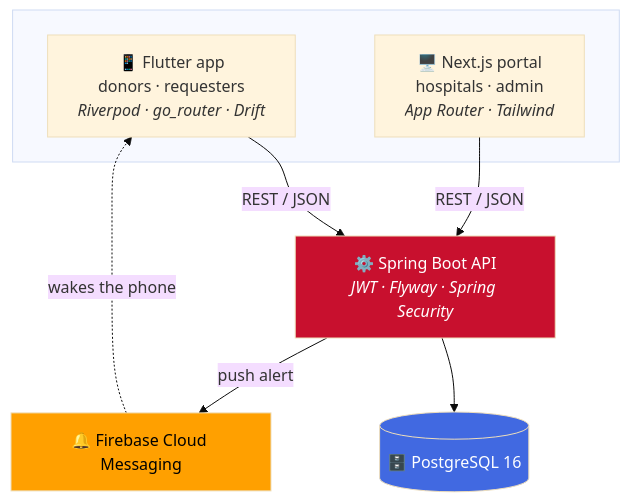
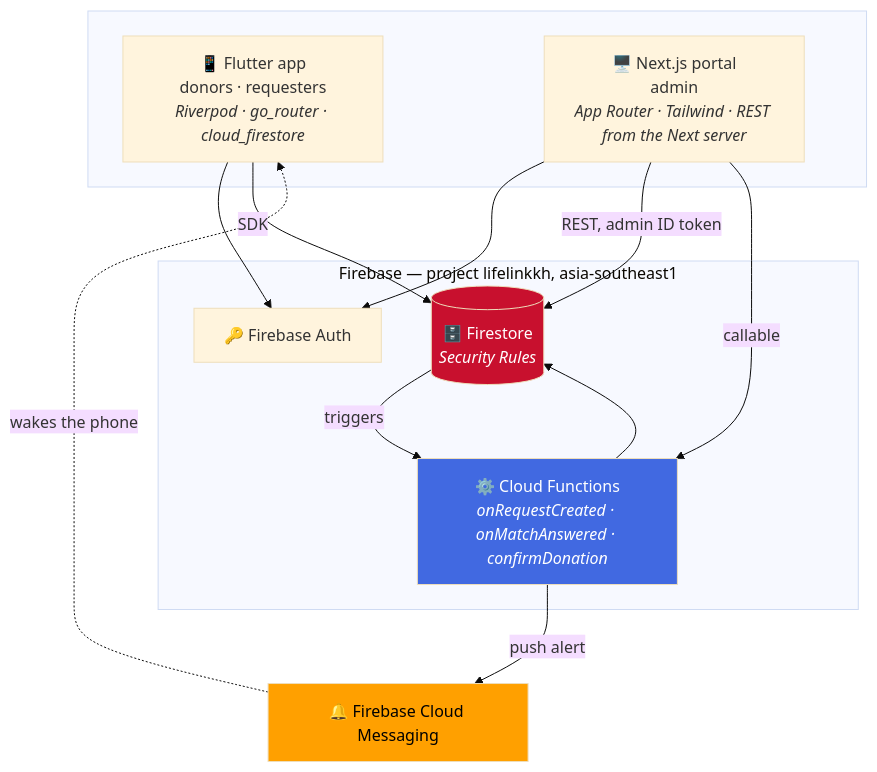
Before and after one commit to NemSothea/LifeLinkKh: the first of 2 diagrams in README.md, drawn with Mermaid (base theme). The commit also changed other lines of this file and 288 other files, not shown here.

First line of the commit message:
feat(firebase): remove the Spring Boot backend and Docker (phase 6)

````diff
--- a/README.md
+++ b/README.md
@@ -87,21 +80,28 @@
 ```mermaid
 flowchart TB
     subgraph clients [" "]
-        M["📱 Flutter app<br/>donors · requesters<br/><i>Riverpod · go_router · Drift</i>"]
-        W["🖥️ Next.js portal<br/>hospitals · admin<br/><i>App Router · Tailwind</i>"]
+        M["📱 Flutter app<br/>donors · requesters<br/><i>Riverpod · go_router · cloud_firestore</i>"]
+        W["🖥️ Next.js portal<br/>admin<br/><i>App Router · Tailwind · REST from the Next server</i>"]
     end
 
-    API["⚙️ Spring Boot API<br/><i>JWT · Flyway · Spring Security</i>"]
-    DB[("🗄️ PostgreSQL 16")]
+    subgraph fb ["Firebase — project lifelinkkh, asia-southeast1"]
+        AUTH["🔑 Firebase Auth"]
+        FS[("🗄️ Firestore<br/><i>Security Rules</i>")]
+        FN["⚙️ Cloud Functions<br/><i>onRequestCreated · onMatchAnswered · confirmDonation</i>"]
+    end
     FCM["🔔 Firebase Cloud Messaging"]
 
-    M -->|REST / JSON| API
-    W -->|REST / JSON| API
-    API --> DB
-    API -->|push alert| FCM
+    M --> AUTH
+    W --> AUTH
+    M -->|SDK| FS
+    W -->|REST, admin ID token| FS
+    W -->|callable| FN
+    FS -->|triggers| FN
+    FN --> FS
+    FN -->|push alert| FCM
     FCM -.->|wakes the phone| M
 
-    style API fill:#C8102E,color:#fff
-    style DB fill:#4169E1,color:#fff
+    style FS fill:#C8102E,color:#fff
+    style FN fill:#4169E1,color:#fff
     style FCM fill:#FFA000,color:#000
 ```
````
